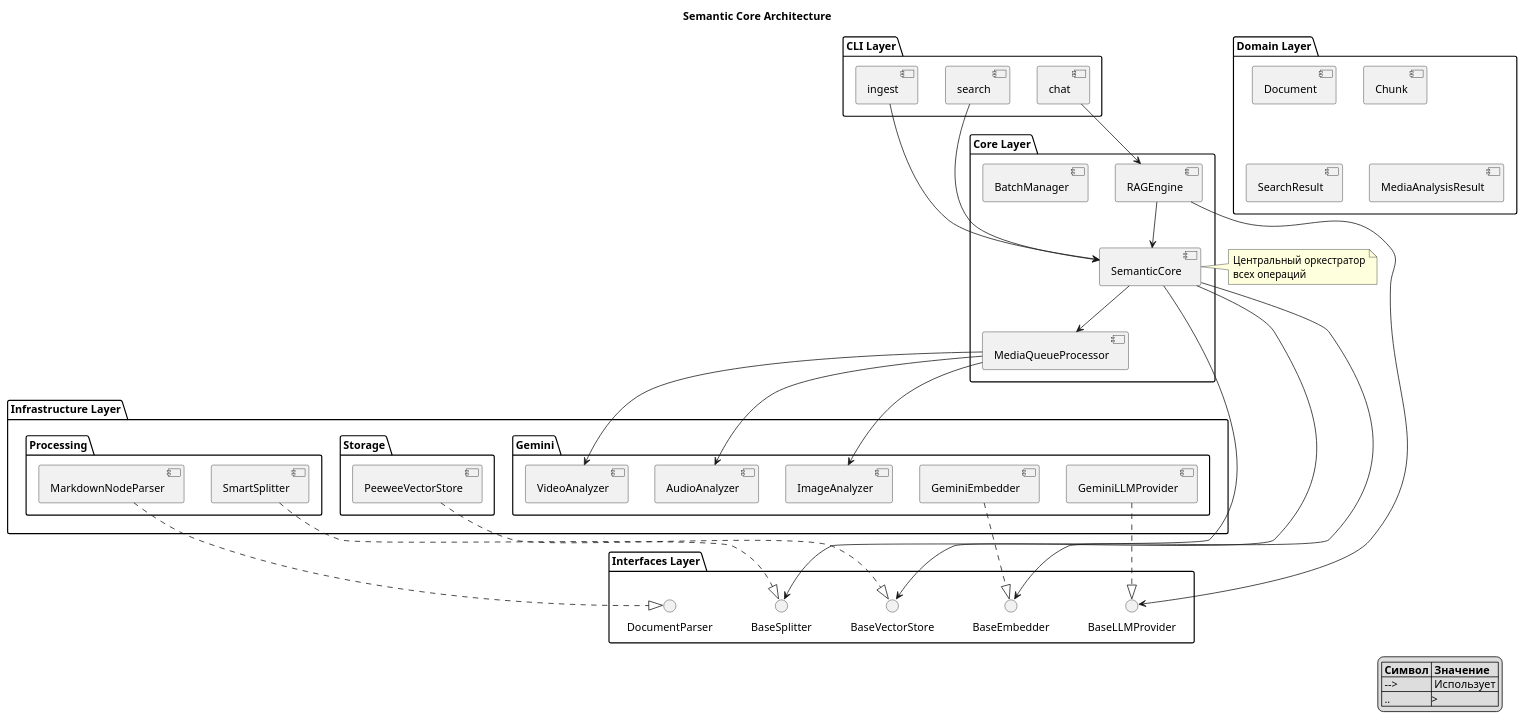
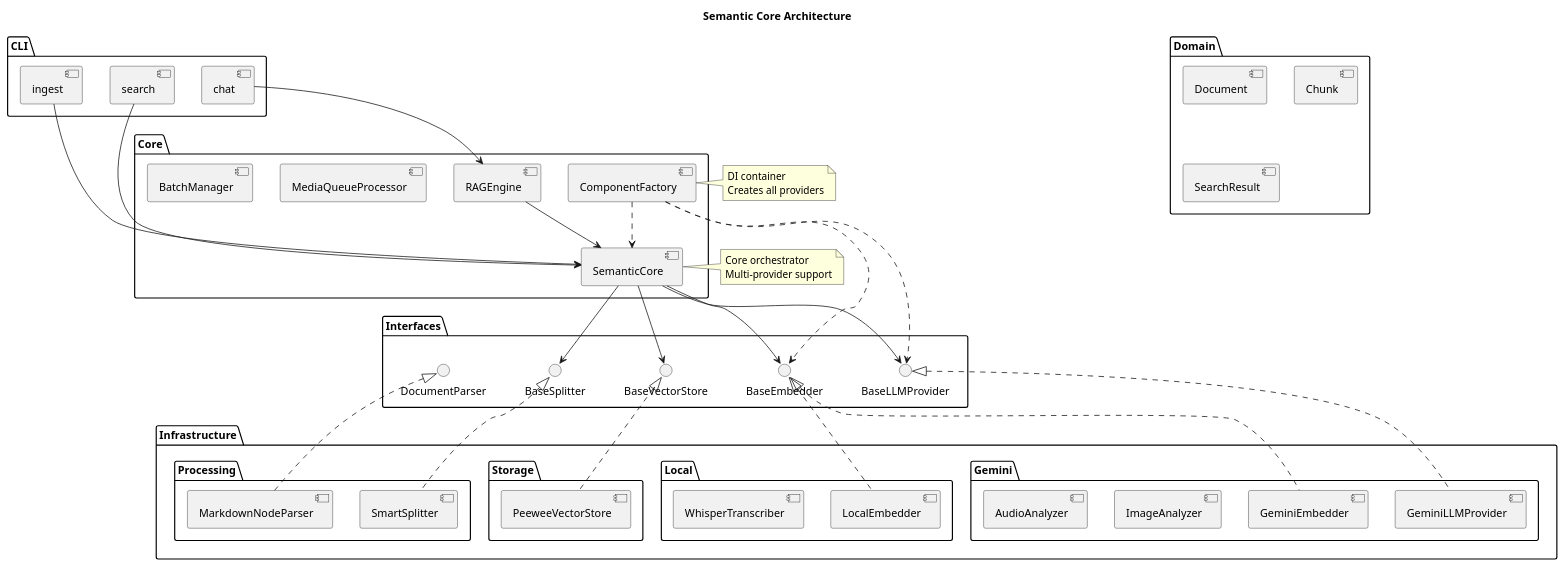
Before and after one commit to VladimirMonin/poc_vector_sqlite: the diagram in docs/diagrams/architecture.puml, drawn with PlantUML. The commit also changed 26 other files, not shown here.

First line of the commit message:
docs: Пересоздание PlantUML диаграмм без стилизации

```diff
--- a/docs/diagrams/architecture.puml
+++ b/docs/diagrams/architecture.puml
@@ -1,80 +1,84 @@
-@startuml
+@startuml architecture
 title Semantic Core Architecture
 
-package "Domain Layer" {
-    [Document] as doc
-    [Chunk] as chunk
-    [SearchResult] as sr
-    [MediaAnalysisResult] as mar
+package "Domain" {
+    [Document]
+    [Chunk]
+    [SearchResult]
 }
 
-package "Interfaces Layer" {
+package "Interfaces" {
     interface "BaseEmbedder" as emb
     interface "BaseVectorStore" as vs
     interface "BaseSplitter" as sp
     interface "BaseLLMProvider" as llm
     interface "DocumentParser" as dp
 }
 
-package "Infrastructure Layer" {
+package "Infrastructure" {
     package "Gemini" {
         [GeminiEmbedder] as ge
         [GeminiLLMProvider] as glp
         [ImageAnalyzer] as ia
         [AudioAnalyzer] as aa
-        [VideoAnalyzer] as va
+    }
+    package "Local" {
+        [LocalEmbedder] as le
+        [WhisperTranscriber] as wt
     }
     package "Storage" {
         [PeeweeVectorStore] as pvs
     }
     package "Processing" {
         [SmartSplitter] as ss
         [MarkdownNodeParser] as mnp
     }
 }
 
-package "Core Layer" {
+package "Core" {
     [SemanticCore] as sc
     [RAGEngine] as rag
     [MediaQueueProcessor] as mqp
     [BatchManager] as bm
+    [ComponentFactory] as factory
 }
 
-package "CLI Layer" {
-    [ingest] as cli_i
-    [search] as cli_s
-    [chat] as cli_c
+package "CLI" {
+    [ingest]
+    [search]
+    [chat]
 }
 
-cli_i --> sc
-cli_s --> sc
-cli_c --> rag
+[ingest] --> sc
+[search] --> sc
+[chat] --> rag
 
 sc --> emb
 sc --> vs
 sc --> sp
-rag --> llm
+sc --> llm
+
 rag --> sc
 
-ge ..|> emb
-glp ..|> llm
-pvs ..|> vs
-ss ..|> sp
-mnp ..|> dp
+emb <|.. ge
+emb <|.. le
+llm <|.. glp
+vs <|.. pvs
+sp <|.. ss
+dp <|.. mnp
 
-sc --> mqp
-mqp --> ia
-mqp --> aa
-mqp --> va
+factory ..> sc
+factory ..> emb
+factory ..> llm
 
 note right of sc
-    Центральный оркестратор
-    всех операций
+Core orchestrator
+Multi-provider support
 end note
 
-legend right
-    |= Символ |= Значение |
-    | --> | Использует |
-    | ..|> | Реализует |
-endlegend
+note right of factory
+DI container
+Creates all providers
+end note
+
 @enduml
```
